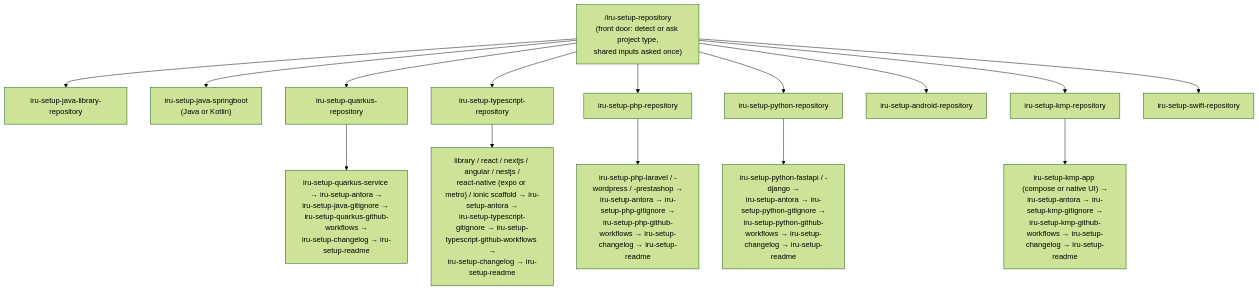
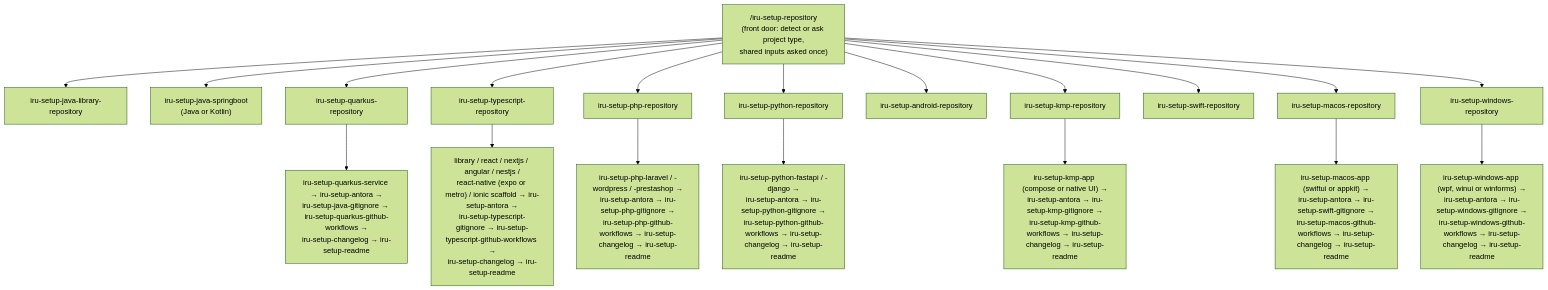
The third of 10 diagrams in docs/modules/ROOT/pages/index.adoc (albertoirurueta/ai-catalog), drawn with Mermaid (forest theme) before and after one commit. The commit also changed other lines of this file and 111 other files, not shown here.

```diff
--- a/docs/modules/ROOT/pages/index.adoc
+++ b/docs/modules/ROOT/pages/index.adoc
@@ -2570,18 +2716,22 @@
 [mermaid]
 ....
 flowchart TD
     FD["/iru-setup-repository\n(front door: detect or ask project type,\nshared inputs asked once)"] --> J["iru-setup-java-library-repository"]
     FD --> SB["iru-setup-java-springboot\n(Java or Kotlin)"]
     FD --> Q["iru-setup-quarkus-repository"]
     FD --> T["iru-setup-typescript-repository"]
     FD --> PH["iru-setup-php-repository"]
     FD --> PY["iru-setup-python-repository"]
     FD --> A["iru-setup-android-repository"]
     FD --> K["iru-setup-kmp-repository"]
     FD --> SW["iru-setup-swift-repository"]
+    FD --> MAC["iru-setup-macos-repository"]
+    FD --> WIN["iru-setup-windows-repository"]
     Q --> Q1["iru-setup-quarkus-service → iru-setup-antora →\niru-setup-java-gitignore → iru-setup-quarkus-github-workflows →\niru-setup-changelog → iru-setup-readme"]
     T --> T1["library / react / nextjs / angular / nestjs /\nreact-native (expo or metro) / ionic scaffold → iru-setup-antora →\niru-setup-typescript-gitignore → iru-setup-typescript-github-workflows →\niru-setup-changelog → iru-setup-readme"]
     PH --> P1["iru-setup-php-laravel / -wordpress / -prestashop →\niru-setup-antora → iru-setup-php-gitignore →\niru-setup-php-github-workflows → iru-setup-changelog → iru-setup-readme"]
     PY --> PY1["iru-setup-python-fastapi / -django →\niru-setup-antora → iru-setup-python-gitignore →\niru-setup-python-github-workflows → iru-setup-changelog → iru-setup-readme"]
     K --> K1["iru-setup-kmp-app (compose or native UI) →\niru-setup-antora → iru-setup-kmp-gitignore →\niru-setup-kmp-github-workflows → iru-setup-changelog → iru-setup-readme"]
+    MAC --> MAC1["iru-setup-macos-app (swiftui or appkit) →\niru-setup-antora → iru-setup-swift-gitignore →\niru-setup-macos-github-workflows → iru-setup-changelog → iru-setup-readme"]
+    WIN --> WIN1["iru-setup-windows-app (wpf, winui or winforms) →\niru-setup-antora → iru-setup-windows-gitignore →\niru-setup-windows-github-workflows → iru-setup-changelog → iru-setup-readme"]
 ....
```
